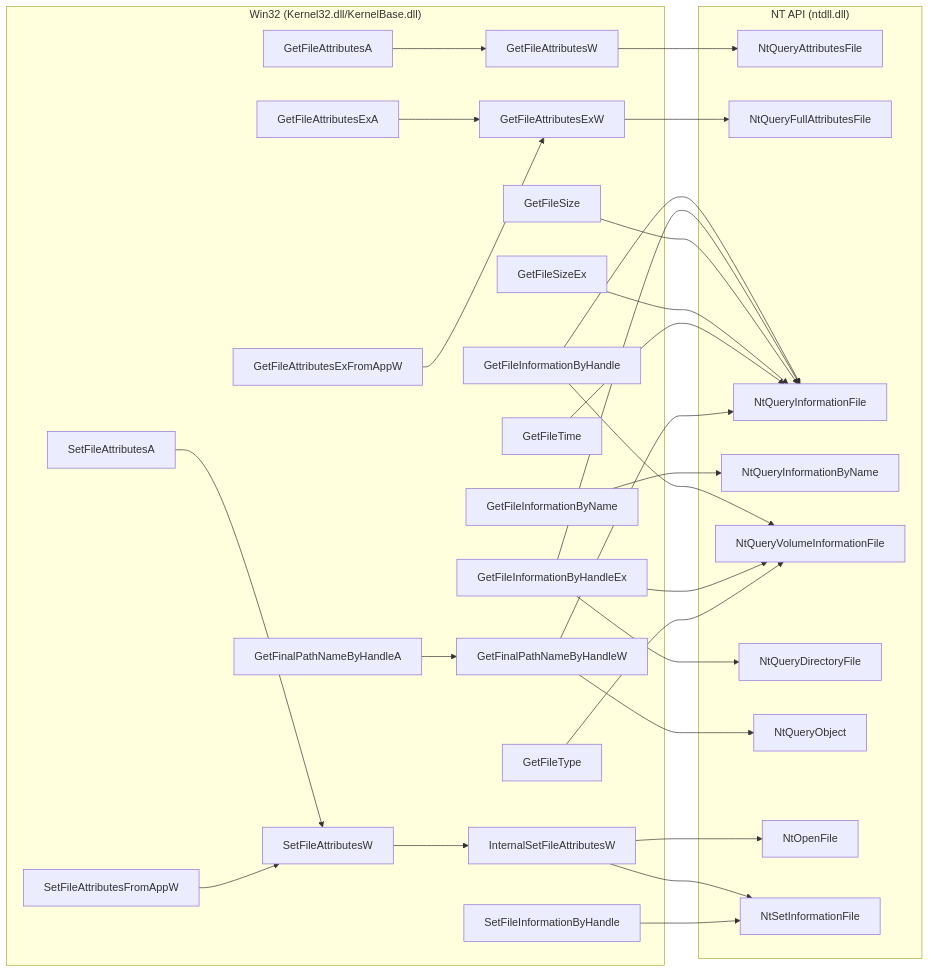
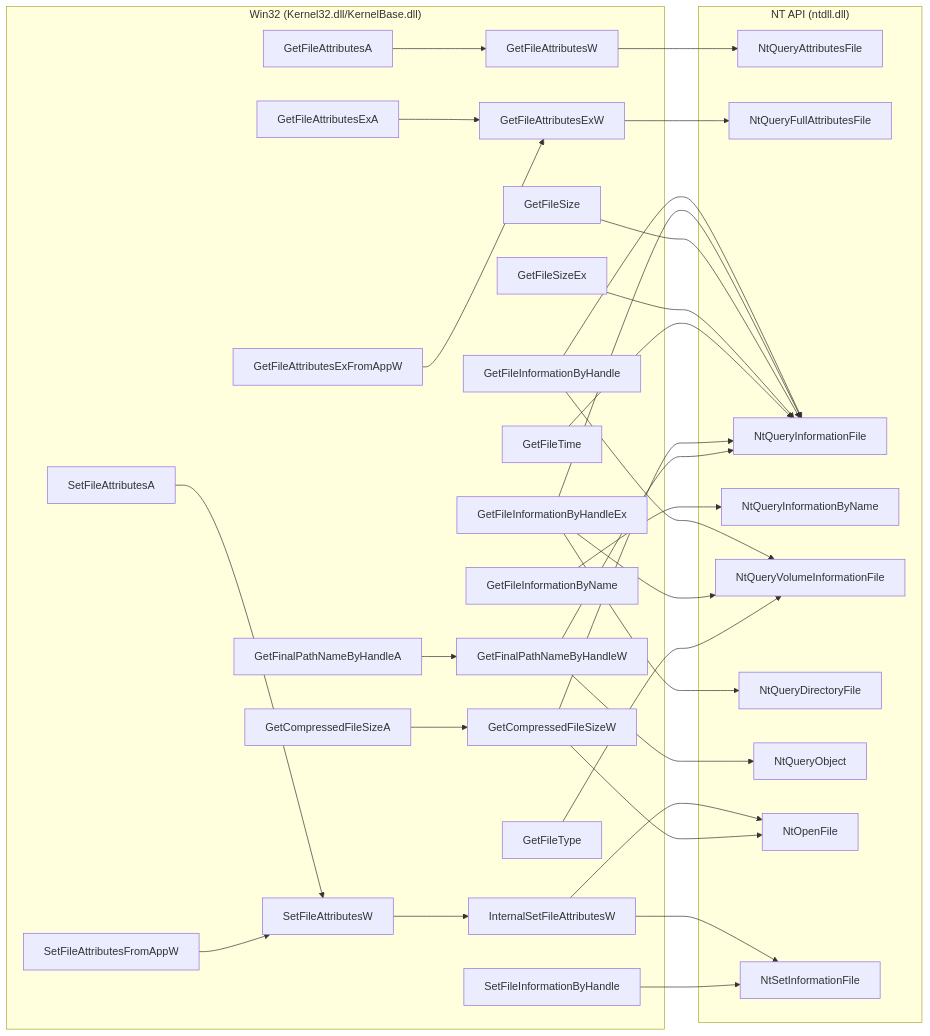
Before and after one commit to Sewer56/vfs-writeup: the fifth of 10 diagrams in docs/index.md, drawn with Mermaid. The commit also changed other lines of this file, not shown here.

Commit message:
Moved: GetCompressedFileSize APIs to better sections.

````diff
--- a/docs/index.md
+++ b/docs/index.md
@@ -406,62 +406,67 @@
 ```mermaid
 flowchart LR
     subgraph Win32["Win32 (Kernel32.dll/KernelBase.dll)"]
     GetFileAttributesA
     GetFileAttributesExA
     GetFileAttributesExFromAppW
     GetFileAttributesExW
     GetFileAttributesW
     SetFileAttributesA
     SetFileAttributesFromAppW
     SetFileAttributesW
     InternalSetFileAttributesW
     GetFileInformationByHandle
     GetFileInformationByHandleEx
     SetFileInformationByHandle
     GetFileInformationByName
     GetFileSize
     GetFileSizeEx
     GetFileTime
     GetFileType
+    GetCompressedFileSizeA
+    GetCompressedFileSizeW
     GetFinalPathNameByHandleA
     GetFinalPathNameByHandleW
 
     GetFileAttributesA --> GetFileAttributesW
     GetFileAttributesExA --> GetFileAttributesExW
     GetFileAttributesExFromAppW --> GetFileAttributesExW
     SetFileAttributesA --> SetFileAttributesW
     SetFileAttributesFromAppW --> SetFileAttributesW
     SetFileAttributesW --> InternalSetFileAttributesW
+    GetCompressedFileSizeA --> GetCompressedFileSizeW
     GetFinalPathNameByHandleA --> GetFinalPathNameByHandleW
     end
 
     subgraph NT["NT API (ntdll.dll)"]
     NtQueryAttributesFile
     NtQueryFullAttributesFile
     NtQueryInformationFile
     NtQueryInformationByName
     NtQueryVolumeInformationFile
     NtQueryDirectoryFile
     NtQueryObject
     NtOpenFile
     NtSetInformationFile
 
     GetFileAttributesExW --> NtQueryFullAttributesFile
     GetFileAttributesW --> NtQueryAttributesFile
     InternalSetFileAttributesW --> NtOpenFile
     InternalSetFileAttributesW --> NtSetInformationFile
     GetFileInformationByHandle --> NtQueryVolumeInformationFile
     GetFileInformationByHandle --> NtQueryInformationFile
     GetFileInformationByHandleEx --> NtQueryDirectoryFile
     GetFileInformationByHandleEx --> NtQueryInformationFile
     GetFileInformationByHandleEx --> NtQueryVolumeInformationFile
     GetFileInformationByName --> NtQueryInformationByName
     GetFileSize --> NtQueryInformationFile
     GetFileSizeEx --> NtQueryInformationFile
     GetFileTime --> NtQueryInformationFile
     GetFileType --> NtQueryVolumeInformationFile
+    GetCompressedFileSizeW --> NtOpenFile
+    GetCompressedFileSizeW --> NtQueryInformationFile
     GetFinalPathNameByHandleW --> NtQueryObject
     GetFinalPathNameByHandleW --> NtQueryInformationFile
     SetFileInformationByHandle --> NtSetInformationFile
     end
 ```
````
